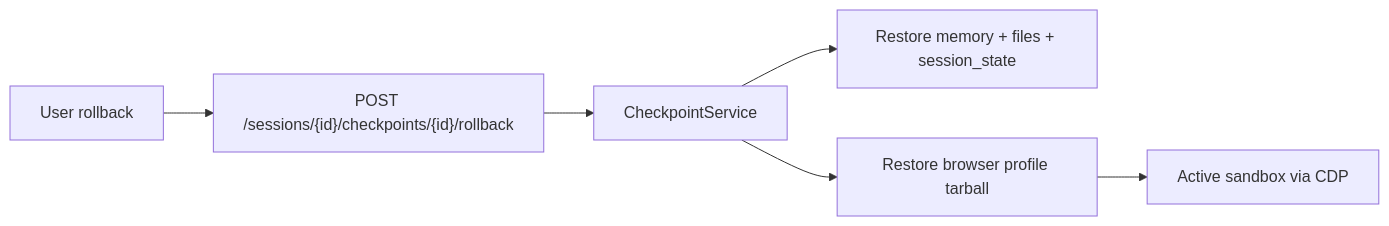
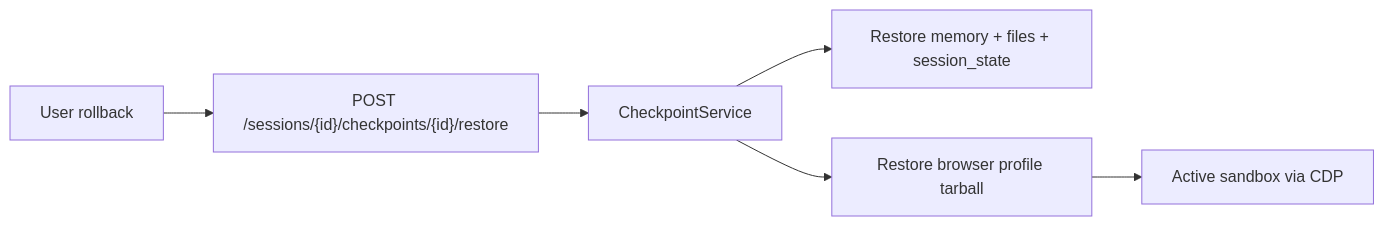
The second of 2 diagrams in docs/architecture/checkpoints-and-hitl.md (OceaLong/opencitadel), drawn with Mermaid before and after one commit. The commit also changed other lines of this file and 61 other files, not shown here.

First line of the commit message:
docs(tutorials): update tutorials to match new LLM endpoint and model configuration flow

````diff
--- a/docs/architecture/checkpoints-and-hitl.md
+++ b/docs/architecture/checkpoints-and-hitl.md
@@ -62,8 +62,8 @@
 ```mermaid
 flowchart LR
-  User["User rollback"] --> API["POST /sessions/{id}/checkpoints/{id}/rollback"]
+  User["User rollback"] --> API["POST /sessions/{id}/checkpoints/{id}/restore"]
   API --> CP["CheckpointService"]
   CP --> Mem["Restore memory + files + session_state"]
   CP --> Browser["Restore browser profile tarball"]
   Browser --> Sandbox["Active sandbox via CDP"]
 ```
````
